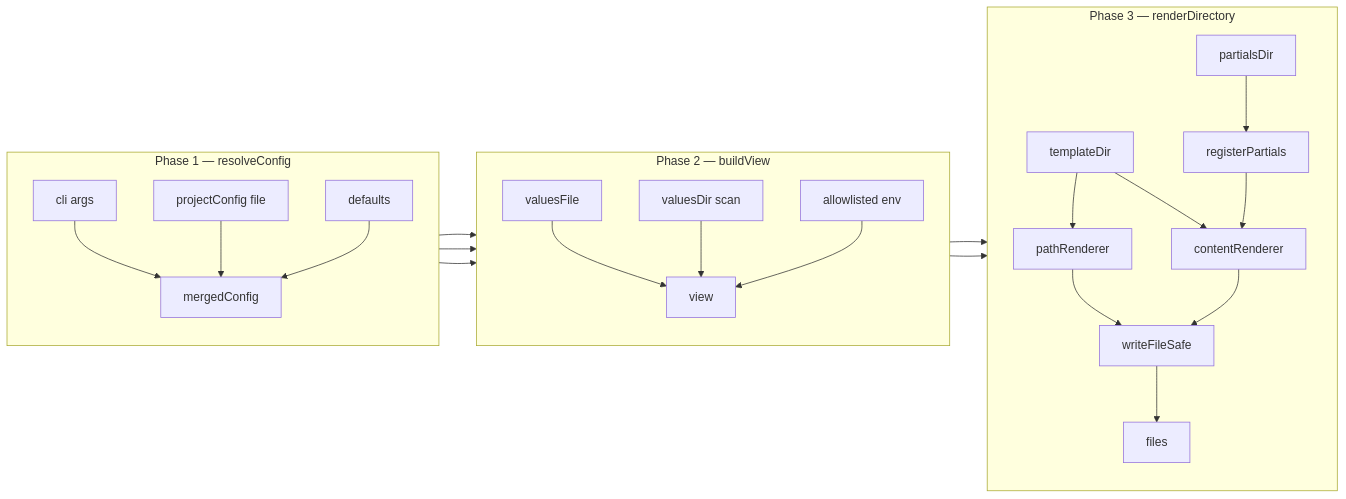
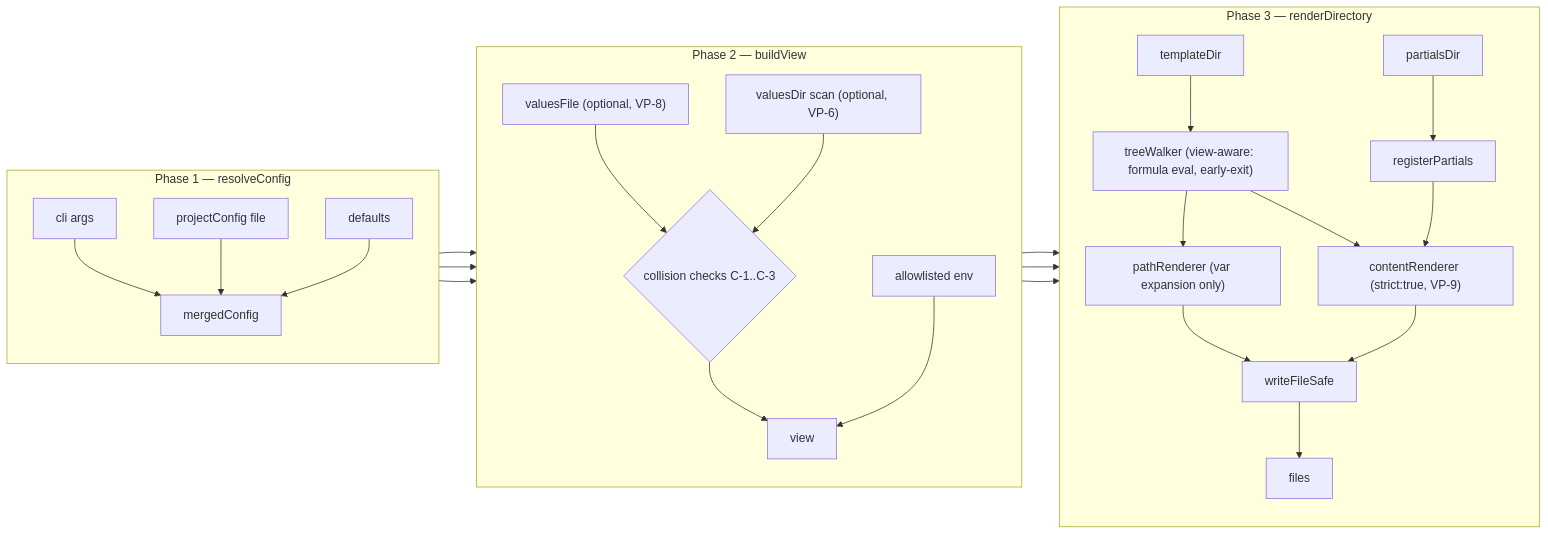
Before and after one commit to nci-gis/js-tmpl: the first of 3 diagrams in docs/agents/workflows/render-pipeline.workflow.md, drawn with Mermaid. The commit also changed other lines of this file and 5 other files, not shown here.

````diff
--- a/docs/agents/workflows/render-pipeline.workflow.md
+++ b/docs/agents/workflows/render-pipeline.workflow.md
@@ -16,40 +16,44 @@
 ```mermaid
 flowchart LR
   subgraph P1[Phase 1 — resolveConfig]
     direction TB
     CLI[cli args]
     PC[projectConfig file]
     DF[defaults]
     CLI --> M[mergedConfig]
     PC --> M
     DF --> M
   end
   subgraph P2[Phase 2 — buildView]
     direction TB
-    VF[valuesFile]
-    VD[valuesDir scan]
+    VF["valuesFile (optional, VP-8)"]
+    VD["valuesDir scan (optional, VP-6)"]
     EV[allowlisted env]
-    VF --> V[view]
-    VD --> V
+    VF --> CC{collision checks C-1..C-3}
+    VD --> CC
+    CC --> V[view]
     EV --> V
   end
   subgraph P3[Phase 3 — renderDirectory]
     direction TB
     T[templateDir]
     P[partialsDir]
-    PR[pathRenderer]
-    CR[contentRenderer]
-    T --> PR
-    T --> CR
+    TW["treeWalker (view-aware: formula eval, early-exit)"]
+    PR["pathRenderer (var expansion only)"]
+    CR["contentRenderer (strict:true, VP-9)"]
+    T --> TW
+    TW --> PR
+    TW --> CR
     P --> REG[registerPartials]
     REG --> CR
     PR --> W[writeFileSafe]
     CR --> W
     W --> F[files]
   end
   M --> VF
   M --> VD
   M --> EV
+  V --> TW
   V --> PR
   V --> CR
 ```
````
